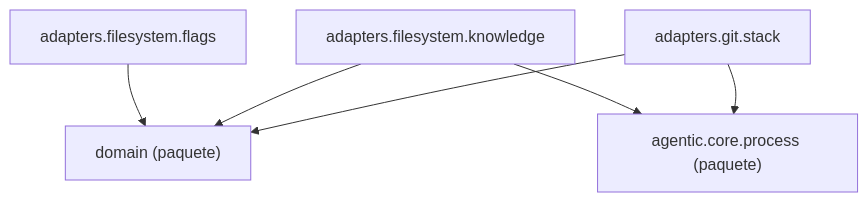
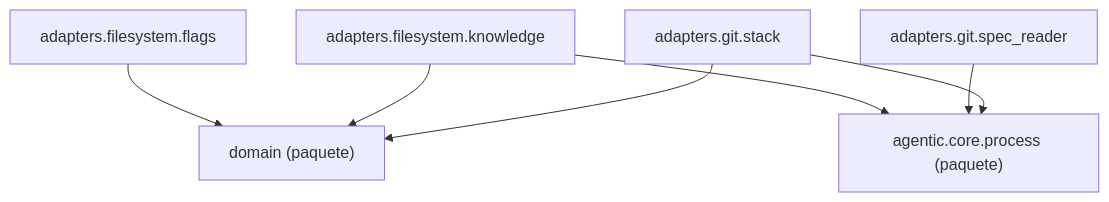
Before and after one commit to GonzaloZevallos/agentic-system: the diagram in docs/architecture/generated/packages-knowledge-adapters.md, drawn with Mermaid. The commit also changed 11 other files, not shown here.

First line of the commit message:
Add the SpecReader port and a hardened git adapter that reads a spec from a commit

````diff
--- a/docs/architecture/generated/packages-knowledge-adapters.md
+++ b/docs/architecture/generated/packages-knowledge-adapters.md
@@ -7,13 +7,15 @@
 ```mermaid
 graph TD
     g_pkg__agentic__core__process["agentic.core.process (paquete)"]
     g_pkg__domain["domain (paquete)"]
     m_adapters__filesystem__flags["adapters.filesystem.flags"]
     m_adapters__filesystem__knowledge["adapters.filesystem.knowledge"]
+    m_adapters__git__spec_reader["adapters.git.spec_reader"]
     m_adapters__git__stack["adapters.git.stack"]
     m_adapters__filesystem__flags --> g_pkg__domain
     m_adapters__filesystem__knowledge --> g_pkg__agentic__core__process
     m_adapters__filesystem__knowledge --> g_pkg__domain
+    m_adapters__git__spec_reader --> g_pkg__agentic__core__process
     m_adapters__git__stack --> g_pkg__agentic__core__process
     m_adapters__git__stack --> g_pkg__domain
 ```
````
